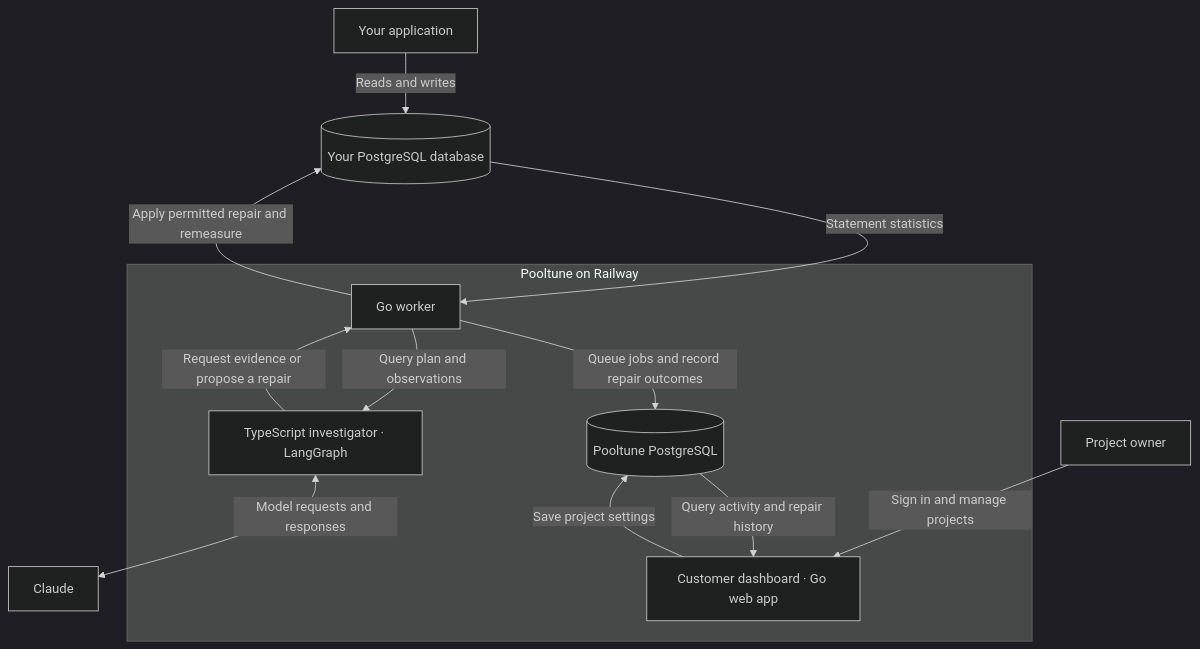
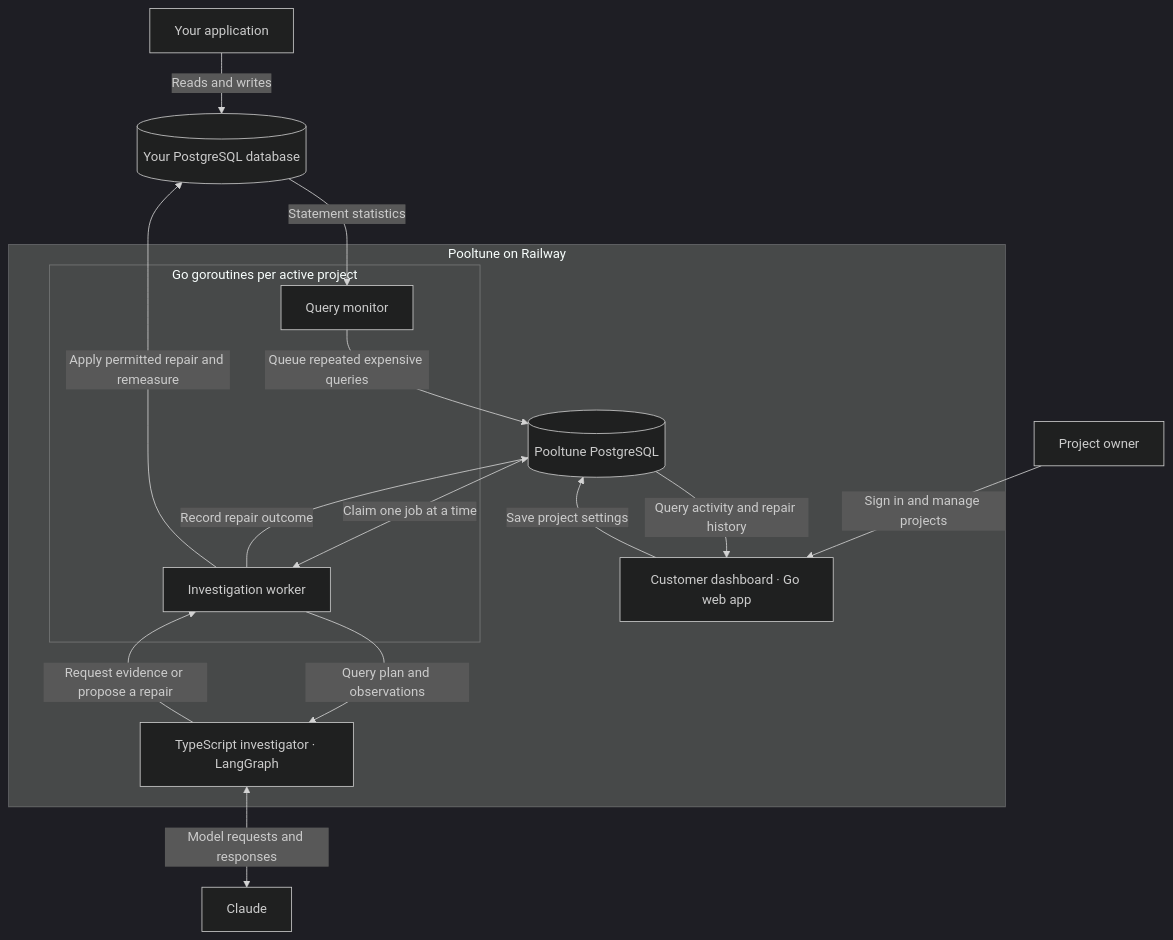
One commit to jyshum/pooltune changed the diagram in README.md. Above: the diagram before and after it, drawn with Mermaid (dark theme). The commit also changed other lines of this file and 1 other file, not shown here.

Commit message:
Show per-project monitoring and investigation in architecture diagrams

````diff
--- a/README.md
+++ b/README.md
@@ -57,23 +57,28 @@
 ```mermaid
 flowchart TB
     accTitle: Pooltune system architecture
-    accDescr: Project owners use the hosted dashboard to manage repairs and view recorded results. The application queries its PostgreSQL database directly. In the background, Go samples PostgreSQL statistics and asks a LangGraph investigator to diagnose repeated expensive work. Go checks permissions, applies eligible repairs, and records the measured outcome.
+    accDescr: Project owners use the hosted dashboard to manage repairs and view recorded results. The application queries its PostgreSQL database directly. Each active project has an independent Go monitor. With investigations enabled, a separate goroutine consumes one queued job at a time for that project. Go checks permissions, applies eligible repairs, and records the measured outcome.
     app["Your application"] -->|Reads and writes| db[("Your PostgreSQL database")]
-    db -->|Statement statistics| worker
+    db -->|Statement statistics| monitor
     worker -->|Apply permitted repair and remeasure| db
 
     subgraph hosted["Pooltune on Railway"]
         dashboard["Customer dashboard · Go web app"]
-        worker["Go worker"]
+        subgraph project["Go goroutines per active project"]
+            monitor["Query monitor"]
+            worker["Investigation worker"]
+        end
         state[("Pooltune PostgreSQL")]
         investigator["TypeScript investigator · LangGraph"]
         dashboard -->|Save project settings| state
         state -->|Query activity and repair history| dashboard
-        worker -->|Queue jobs and record repair outcomes| state
+        monitor -->|Queue repeated expensive queries| state
+        state -->|Claim one job at a time| worker
+        worker -->|Record repair outcome| state
         worker -->|Query plan and observations| investigator
         investigator -->|Request evidence or propose a repair| worker
     end
 
     owner["Project owner"] -->|Sign in and manage projects| dashboard
     investigator <-->|Model requests and responses| claude["Claude"]
 ```
````
